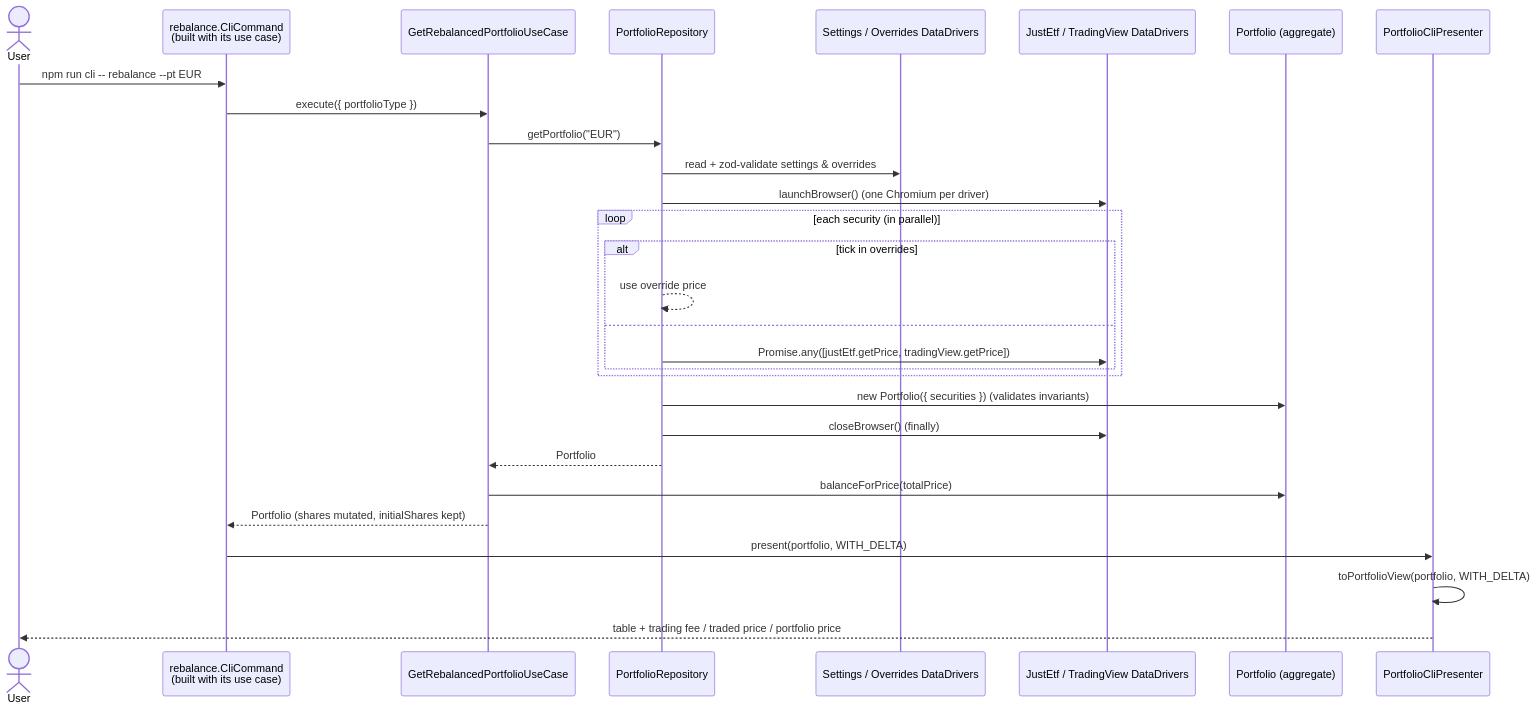
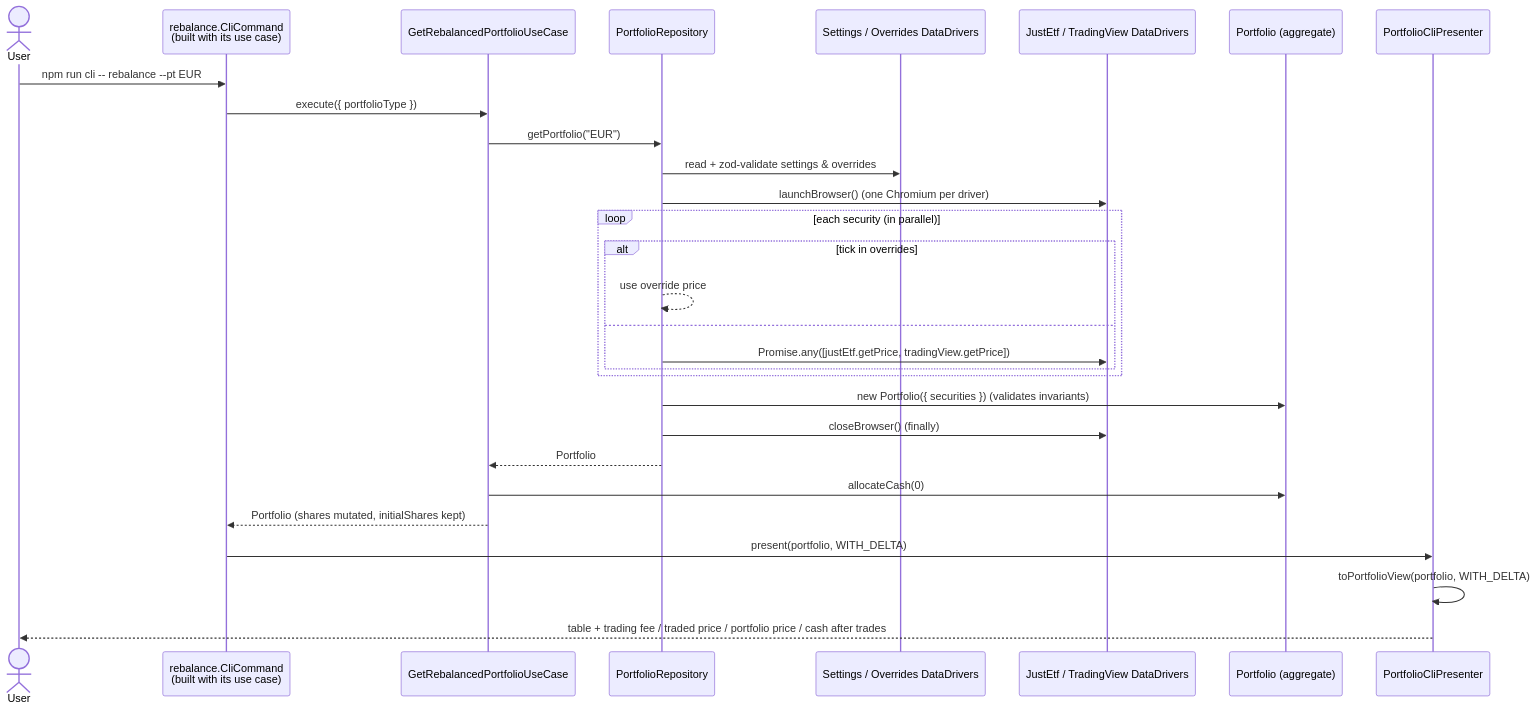
The third of 3 diagrams in docs/architecture/overview.md (armaaar/stock-calc), drawn with Mermaid before and after one commit. The commit also changed 33 other files, not shown here.

````diff
--- a/docs/architecture/overview.md
+++ b/docs/architecture/overview.md
@@ -77,32 +77,32 @@
 ```mermaid
 sequenceDiagram
   actor U as User
   participant C as rebalance.CliCommand<br/>(built with its use case)
   participant UC as GetRebalancedPortfolioUseCase
   participant R as PortfolioRepository
   participant S as Settings / Overrides DataDrivers
   participant P as JustEtf / TradingView DataDrivers
   participant E as Portfolio (aggregate)
   participant V as PortfolioCliPresenter
 
   U->>C: npm run cli -- rebalance --pt EUR
   C->>UC: execute({ portfolioType })
   UC->>R: getPortfolio("EUR")
   R->>S: read + zod-validate settings & overrides
   R->>P: launchBrowser() (one Chromium per driver)
   loop each security (in parallel)
     alt tick in overrides
       R-->>R: use override price
     else
       R->>P: Promise.any([justEtf.getPrice, tradingView.getPrice])
     end
   end
   R->>E: new Portfolio({ securities }) (validates invariants)
   R->>P: closeBrowser() (finally)
   R-->>UC: Portfolio
-  UC->>E: balanceForPrice(totalPrice)
+  UC->>E: allocateCash(0)
   UC-->>C: Portfolio (shares mutated, initialShares kept)
   C->>V: present(portfolio, WITH_DELTA)
   V->>V: toPortfolioView(portfolio, WITH_DELTA)
-  V-->>U: table + trading fee / traded price / portfolio price
+  V-->>U: table + trading fee / traded price / portfolio price / cash after trades
 ```
````
